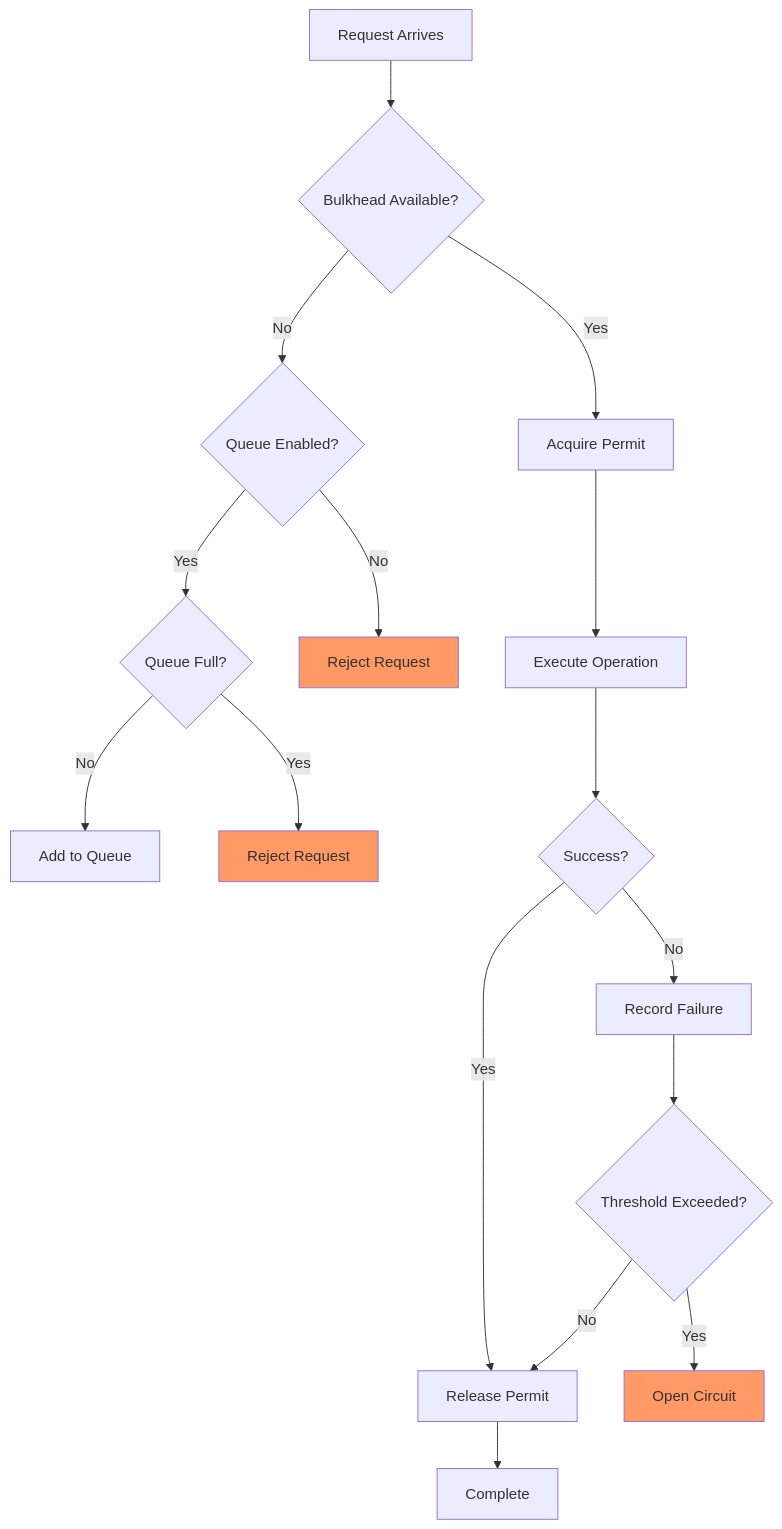
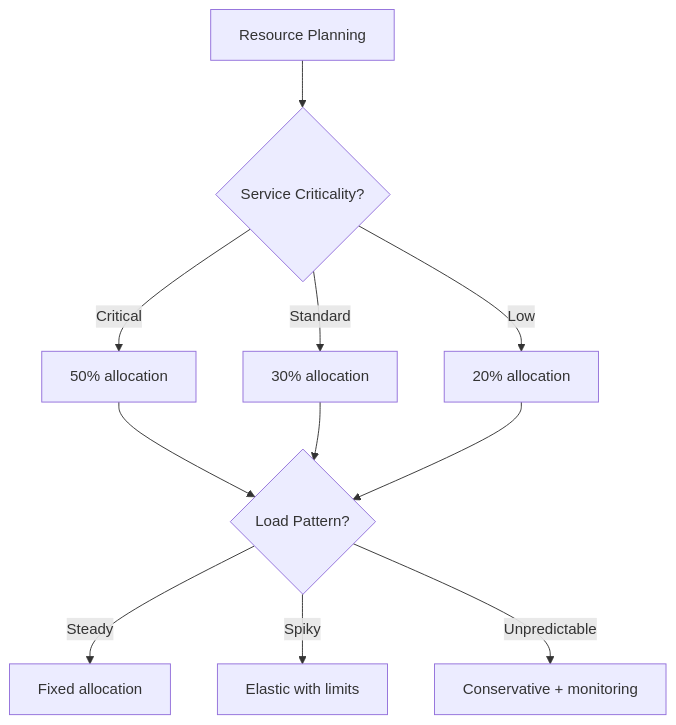
One commit to deepaucksharma/DStudio changed the second of 5 diagrams in docs/pattern-library/resilience/bulkhead.md. Above: the diagram before and after it, drawn with Mermaid. The commit also changed other lines of this file and 64 other files, not shown here.

````diff
--- a/docs/pattern-library/resilience/bulkhead.md
+++ b/docs/pattern-library/resilience/bulkhead.md
@@ -141,29 +124,15 @@
 ```mermaid
-flowchart TD
-    Start[Request Arrives] --> Check{Bulkhead Available?}
+graph TD
+    A[Resource Planning] --> B{Service Criticality?}
+    B -->|Critical| C[50% allocation]
+    B -->|Standard| D[30% allocation]
+    B -->|Low| E[20% allocation]
     
-    Check -->|Yes| Acquire[Acquire Permit]
-    Check -->|No| Queue{Queue Enabled?}
+    C --> F{Load Pattern?}
+    D --> F
+    E --> F
     
-    Queue -->|Yes| QCheck{Queue Full?}
-    Queue -->|No| Reject1[Reject Request]
-    
-    QCheck -->|No| AddQueue[Add to Queue]
-    QCheck -->|Yes| Reject2[Reject Request]
-    
-    Acquire --> Execute[Execute Operation]
-    Execute --> Success{Success?}
-    
-    Success -->|Yes| Release[Release Permit]
-    Success -->|No| RecordFail[Record Failure]
-    
-    RecordFail --> CircuitCheck{Threshold Exceeded?}
-    CircuitCheck -->|Yes| OpenCircuit[Open Circuit]
-    CircuitCheck -->|No| Release
-    
-    Release --> Complete[Complete]
-    
-    style Reject1 fill:#f96
-    style Reject2 fill:#f96
-    style OpenCircuit fill:#f96
+    F -->|Steady| G[Fixed allocation]
+    F -->|Spiky| H[Elastic with limits]
+    F -->|Unpredictable| I[Conservative + monitoring]
 ```
````
